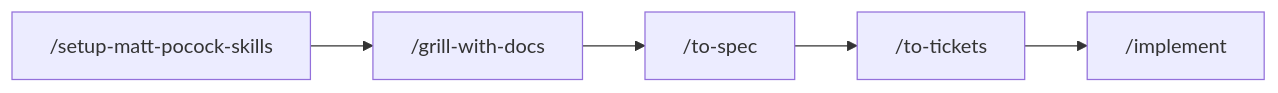
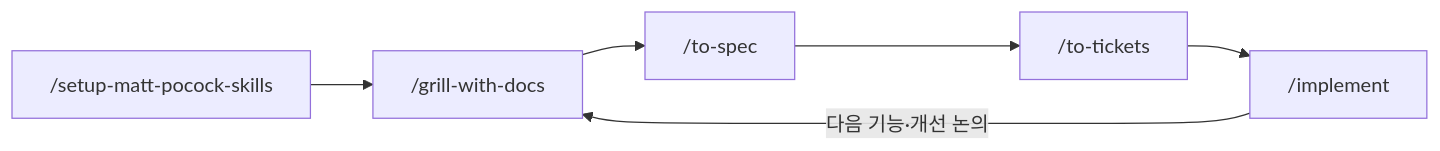
Diagram 11 of 11 in README.md (jhs512/matt-user-guide), drawn with Mermaid before and after one commit. The commit also changed other lines of this file, not shown here.

````diff
--- a/README.md
+++ b/README.md
@@ -909,5 +891,6 @@
 ```mermaid
 flowchart LR
     setup["/setup-matt-pocock-skills"] --> grill["/grill-with-docs"]
     grill --> spec["/to-spec"] --> tickets["/to-tickets"] --> build["/implement"]
+    build -->|"다음 기능·개선 논의"| grill
 ```
````
